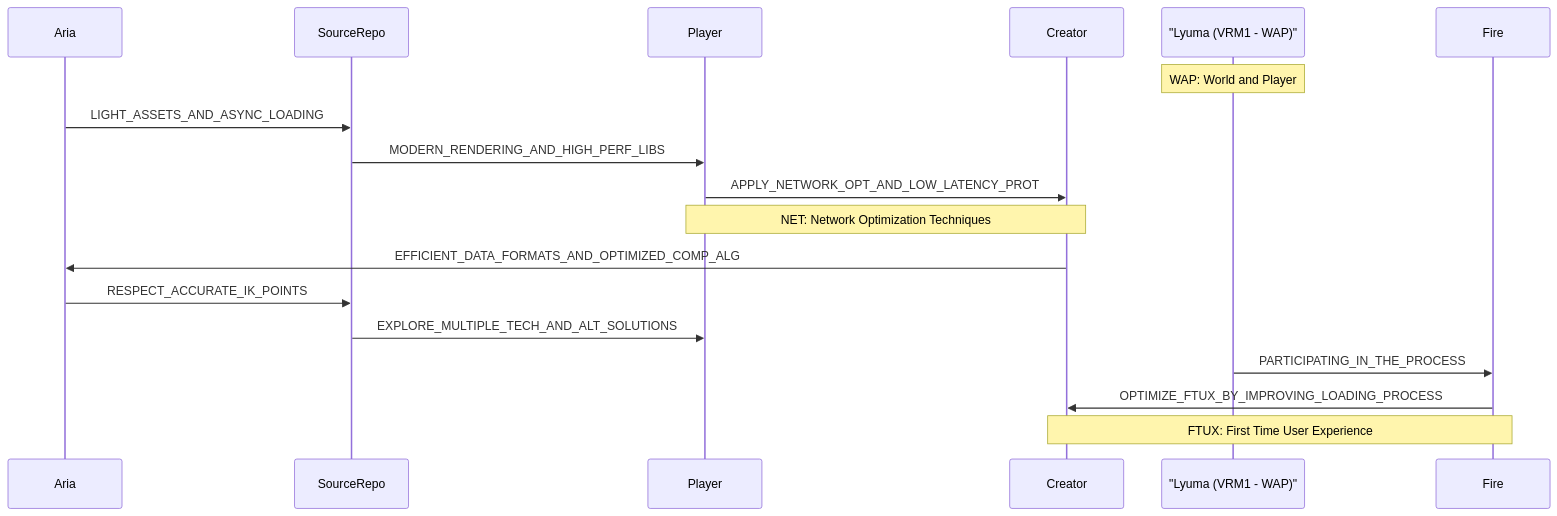
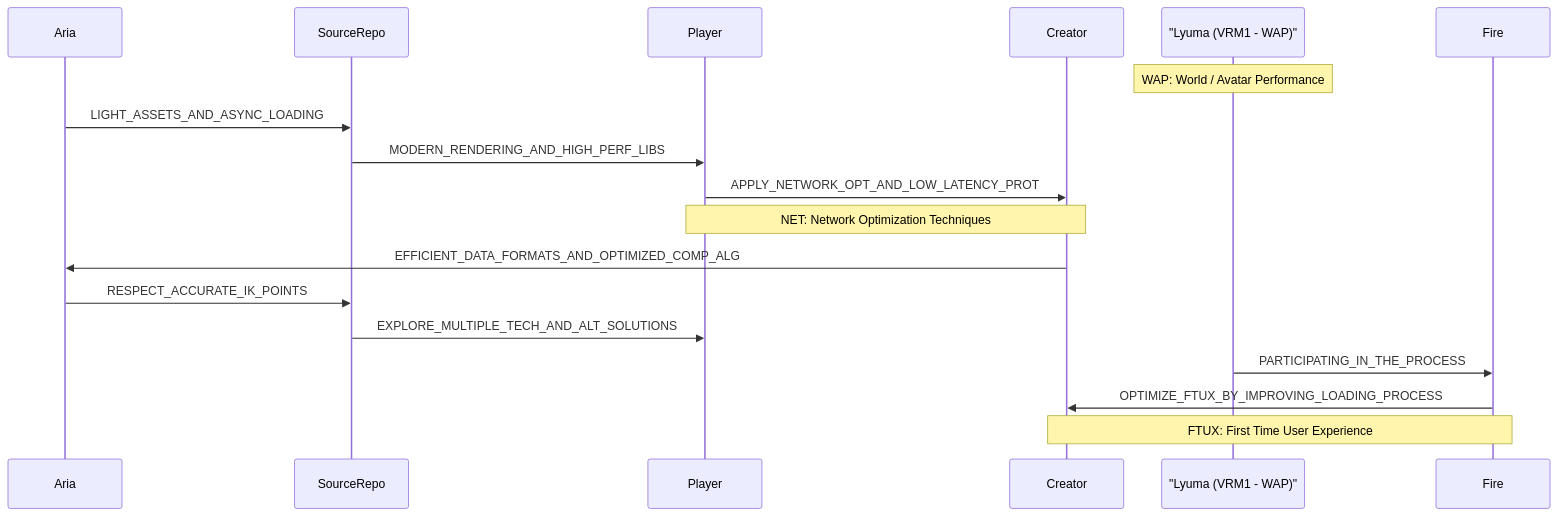
The diagram in decisions/20230618-v-sekai-roadmap.md (V-Sekai/manuals), drawn with Mermaid before and after one commit.

Commit message:
Make the wording consistent.

````diff
--- a/decisions/20230618-v-sekai-roadmap.md
+++ b/decisions/20230618-v-sekai-roadmap.md
@@ -23,25 +23,25 @@
 ```mermaid
 sequenceDiagram
     participant Aria
     participant SourceRepo
     participant Player
     participant Creator
     participant Lyuma as "Lyuma (VRM1 - WAP)"
     participant Fire
 
-    Note over Lyuma: WAP: World and Player
+    Note over Lyuma: WAP: World / Avatar Performance
 
     Aria->>SourceRepo: LIGHT_ASSETS_AND_ASYNC_LOADING
     SourceRepo->>Player: MODERN_RENDERING_AND_HIGH_PERF_LIBS
     Player->>Creator: APPLY_NETWORK_OPT_AND_LOW_LATENCY_PROT
 
     Note over Player, Creator: NET: Network Optimization Techniques
 
     Creator->>Aria: EFFICIENT_DATA_FORMATS_AND_OPTIMIZED_COMP_ALG
     Aria->>SourceRepo: RESPECT_ACCURATE_IK_POINTS
     SourceRepo->>Player: EXPLORE_MULTIPLE_TECH_AND_ALT_SOLUTIONS
     Lyuma->>Fire: PARTICIPATING_IN_THE_PROCESS
     Fire->>Creator: OPTIMIZE_FTUX_BY_IMPROVING_LOADING_PROCESS
 
     Note over Fire, Creator: FTUX: First Time User Experience
 ```
````
